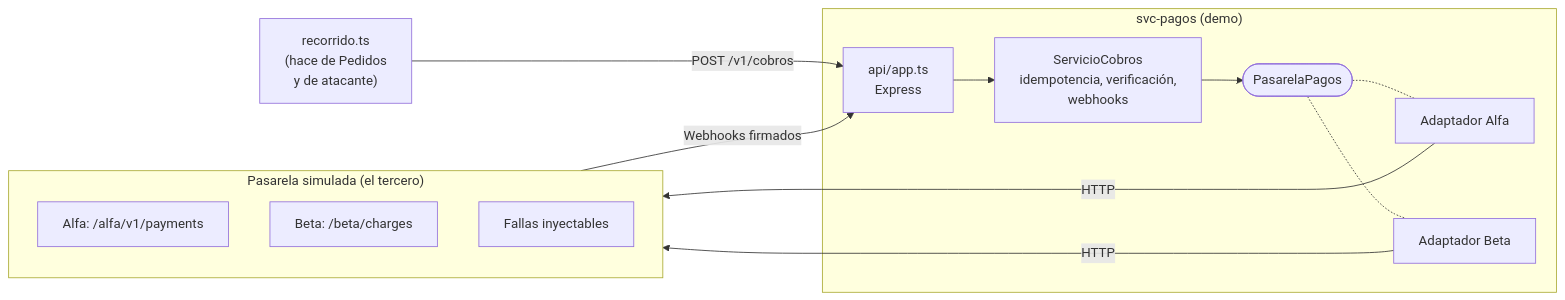
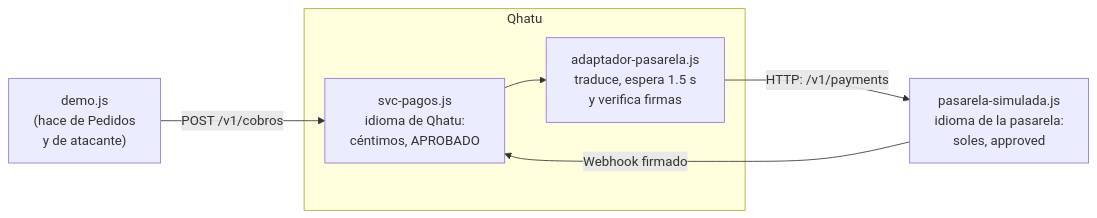
One commit to VSCX10/arqui_1 changed the fifth of 5 diagrams in 0/0.2/0.2.5/0.2.5.md. Above: the diagram before and after it, drawn with Mermaid. The commit also changed other lines of this file, not shown here.

First line of the commit message:
Simplificar la demo de 0.2.5 a una pasarela y tres pasos

````diff
--- a/0/0.2/0.2.5/0.2.5.md
+++ b/0/0.2/0.2.5/0.2.5.md
@@ -353,18 +333,9 @@
 ```mermaid
 flowchart LR
-    REC["recorrido.ts<br/>(hace de Pedidos<br/>y de atacante)"] -- "POST /v1/cobros" --> API
-    subgraph SVC["svc-pagos (demo)"]
-        API["api/app.ts<br/>Express"] --> SRV["ServicioCobros<br/>idempotencia, verificación,<br/>webhooks"]
-        SRV --> PUERTO(["PasarelaPagos"])
-        PUERTO -.- ALFA["Adaptador Alfa"]
-        PUERTO -.- BETA["Adaptador Beta"]
+    DEMO["demo.js<br/>(hace de Pedidos<br/>y de atacante)"] -- "POST /v1/cobros" --> SVC
+    subgraph QHATU["Qhatu"]
+        SVC["svc-pagos.js<br/>idioma de Qhatu:<br/>céntimos, APROBADO"] --> ADA["adaptador-pasarela.js<br/>traduce, espera 1.5 s<br/>y verifica firmas"]
     end
-    ALFA -- "HTTP" --> SIM
-    BETA -- "HTTP" --> SIM
-    subgraph SIM["Pasarela simulada (el tercero)"]
-        EA["Alfa: /alfa/v1/payments"]
-        EB["Beta: /beta/charges"]
-        FA["Fallas inyectables"]
-    end
-    SIM -- "Webhooks firmados" --> API
+    ADA -- "HTTP: /v1/payments" --> PAS["pasarela-simulada.js<br/>idioma de la pasarela:<br/>soles, approved"]
+    PAS -- "Webhook firmado" --> SVC
 ```
````
